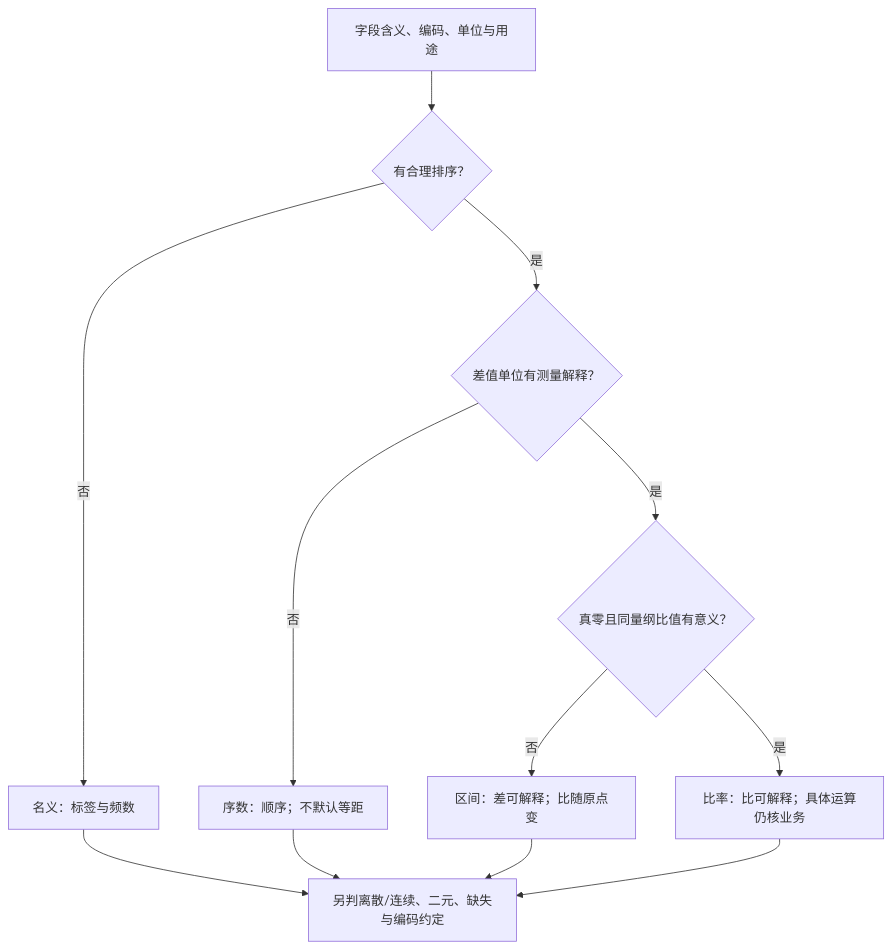
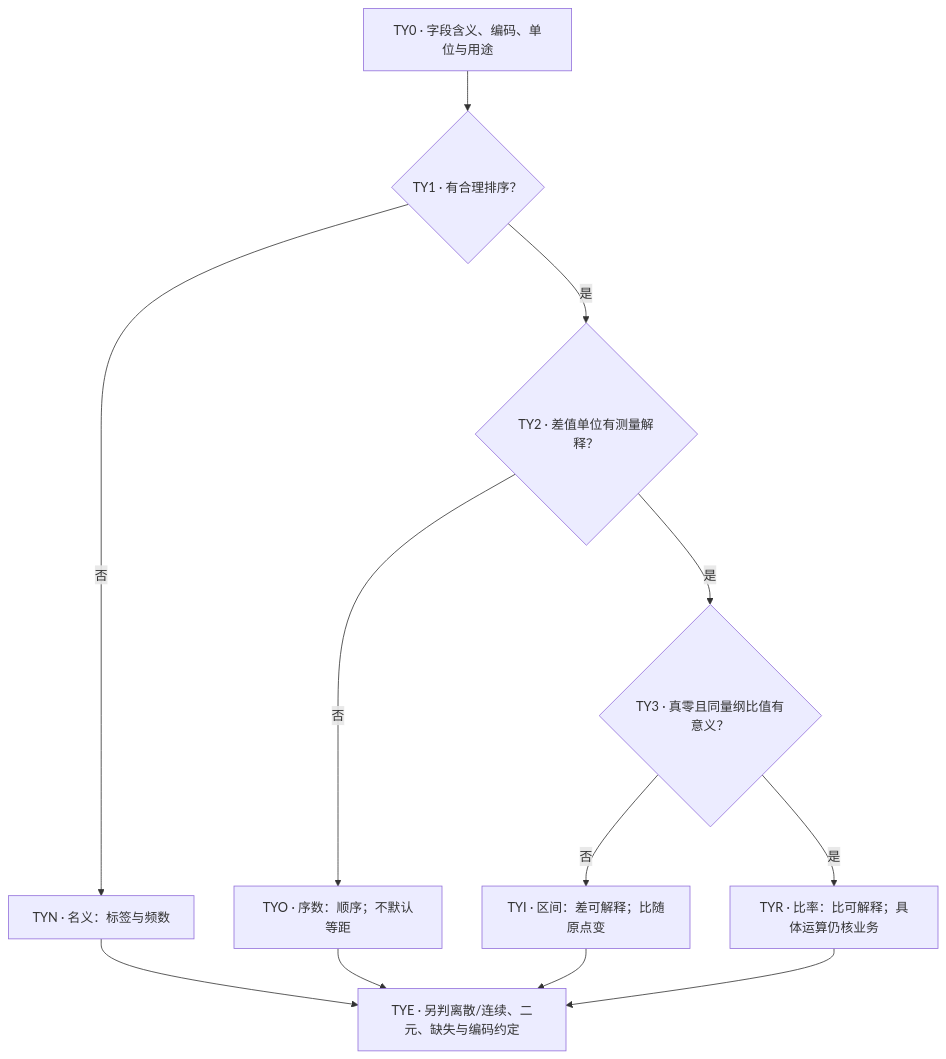
Before and after one commit to CercaTrovato/cityu-ai-course-notes: the first of 20 diagrams in IS6400_Business_Data_Analytics/notes/M03-数据类型与描述性分析.md, drawn with Mermaid. The commit also changed other lines of this file and 40 other files, not shown here.

First line of the commit message:
完成 IS6400 M03 全篇审修、原题图保真与适用同步

````diff
--- a/IS6400_Business_Data_Analytics/notes/M03-数据类型与描述性分析.md
+++ b/IS6400_Business_Data_Analytics/notes/M03-数据类型与描述性分析.md
@@ -457,14 +482,14 @@
 ```mermaid
 flowchart TD
-    TY0["字段含义、编码、单位与用途"] --> TY1{"有合理排序？"}
-    TY1 -->|否| TYN["名义：标签与频数"]
-    TY1 -->|是| TY2{"差值单位有测量解释？"}
-    TY2 -->|否| TYO["序数：顺序；不默认等距"]
-    TY2 -->|是| TY3{"真零且同量纲比值有意义？"}
-    TY3 -->|否| TYI["区间：差可解释；比随原点变"]
-    TY3 -->|是| TYR["比率：比可解释；具体运算仍核业务"]
-    TYN --> TYE["另判离散/连续、二元、缺失与编码约定"]
+    TY0["TY0 · 字段含义、编码、单位与用途"] --> TY1{"TY1 · 有合理排序？"}
+    TY1 -->|否| TYN["TYN · 名义：标签与频数"]
+    TY1 -->|是| TY2{"TY2 · 差值单位有测量解释？"}
+    TY2 -->|否| TYO["TYO · 序数：顺序；不默认等距"]
+    TY2 -->|是| TY3{"TY3 · 真零且同量纲比值有意义？"}
+    TY3 -->|否| TYI["TYI · 区间：差可解释；比随原点变"]
+    TY3 -->|是| TYR["TYR · 比率：比可解释；具体运算仍核业务"]
+    TYN --> TYE["TYE · 另判离散/连续、二元、缺失与编码约定"]
     TYO --> TYE
     TYI --> TYE
     TYR --> TYE
 ```
````
